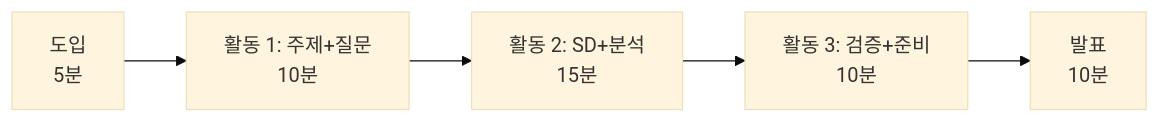
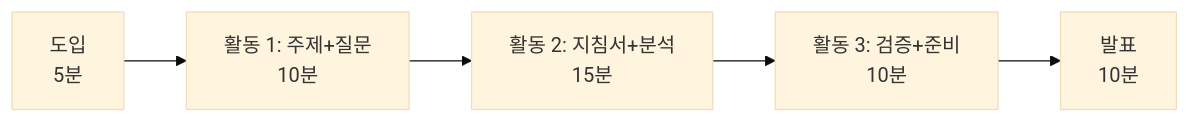
Before and after one commit to greatsong/data-analysis-agentic: the first of 4 diagrams in docs/chapter09.md, drawn with Mermaid (base theme). The commit also changed other lines of this file and 6 other files, not shown here.

First line of the commit message:
어색한 표현 정리: 과격한 비유 → 교육적 표현 + mermaid \n → <br>

````diff
--- a/docs/chapter09.md
+++ b/docs/chapter09.md
@@ -62,7 +62,7 @@
 ```mermaid
 flowchart LR
-    A["도입\n5분"] --> B["활동 1: 주제+질문\n10분"]
-    B --> C["활동 2: SD+분석\n15분"]
-    C --> D["활동 3: 검증+준비\n10분"]
-    D --> E["발표\n10분"]
+    A["도입<br>5분"] --> B["활동 1: 주제+질문<br>10분"]
+    B --> C["활동 2: 지침서+분석<br>15분"]
+    C --> D["활동 3: 검증+준비<br>10분"]
+    D --> E["발표<br>10분"]
 ```
````
